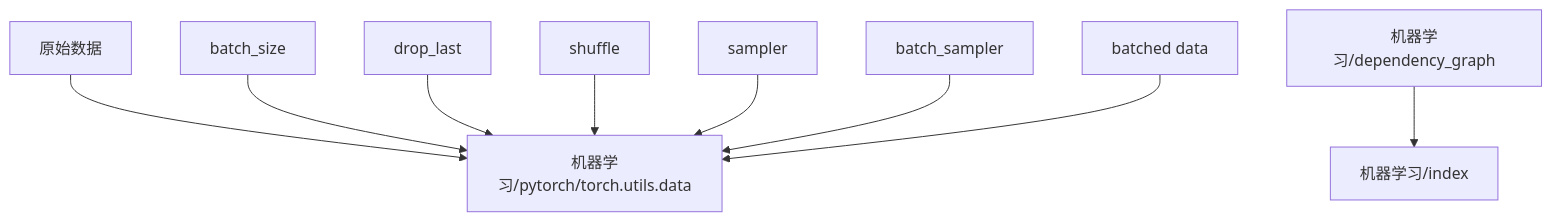
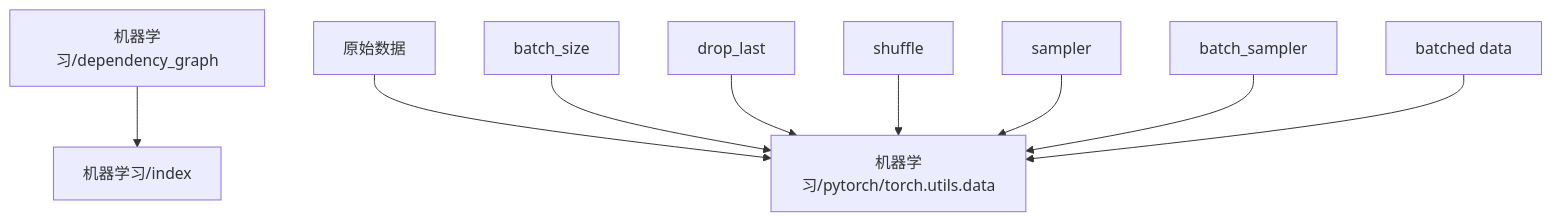
One commit to zeroDtree/zeroDtree.github.io changed the diagram in content/机器学习/dependency_graph.md. Above: the diagram before and after it, drawn with Mermaid. The commit also changed 11 other files, not shown here.

````diff
--- a/content/机器学习/dependency_graph.md
+++ b/content/机器学习/dependency_graph.md
@@ -1,11 +1,11 @@
 ```mermaid
 graph TD
-1["原始数据"] --> 0["机器学习/pytorch/torch.utils.data"]
-2["batch_size"] --> 0["机器学习/pytorch/torch.utils.data"]
-3["drop_last"] --> 0["机器学习/pytorch/torch.utils.data"]
-4["shuffle"] --> 0["机器学习/pytorch/torch.utils.data"]
-5["sampler"] --> 0["机器学习/pytorch/torch.utils.data"]
-6["batch_sampler"] --> 0["机器学习/pytorch/torch.utils.data"]
-7["batched data"] --> 0["机器学习/pytorch/torch.utils.data"]
-9["机器学习/dependency_graph"] --> 8["机器学习/index"]
+1["机器学习/dependency_graph"] --> 0["机器学习/index"]
+3["原始数据"] --> 2["机器学习/pytorch/torch.utils.data"]
+4["batch_size"] --> 2["机器学习/pytorch/torch.utils.data"]
+5["drop_last"] --> 2["机器学习/pytorch/torch.utils.data"]
+6["shuffle"] --> 2["机器学习/pytorch/torch.utils.data"]
+7["sampler"] --> 2["机器学习/pytorch/torch.utils.data"]
+8["batch_sampler"] --> 2["机器学习/pytorch/torch.utils.data"]
+9["batched data"] --> 2["机器学习/pytorch/torch.utils.data"]
 ```
````
